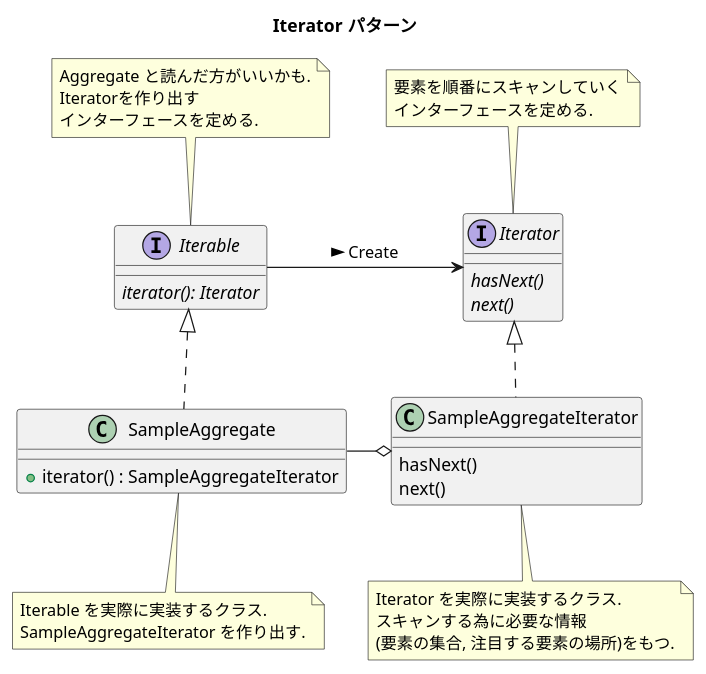
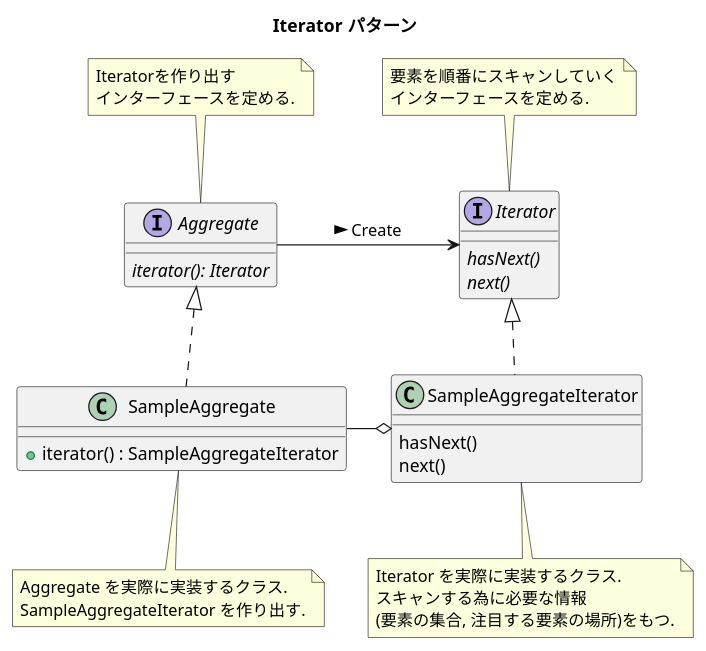
Before and after one commit to ken-ty/designPatterns: the diagram in Iterator/Iterator.playground/Resources/Iterator.puml, drawn with PlantUML. The commit also changed 2 other files, not shown here.

Commit message:
rename: IterableProtocol → AggregateProtocol

```diff
--- a/Iterator/Iterator.playground/Resources/Iterator.puml
+++ b/Iterator/Iterator.playground/Resources/Iterator.puml
@@ -1,48 +1,47 @@
 @startuml
 
 title Iterator パターン
 
 'クラスとコメント
 interface Iterator {
     {abstract} hasNext()
     {abstract} next()
 }
 note top of Iterator
     要素を順番にスキャンしていく
     インターフェースを定める.
 end note
 
-interface Iterable {
+interface Aggregate {
     {abstract} iterator(): Iterator
 }
-note top of Iterable
-    Aggregate と読んだ方がいいかも.
+note top of Aggregate
     Iteratorを作り出す
     インターフェースを定める.
 end note
 
 class SampleAggregate {
     + iterator() : SampleAggregateIterator
 }
 note bottom of SampleAggregate
-    Iterable を実際に実装するクラス.
+    Aggregate を実際に実装するクラス.
     SampleAggregateIterator を作り出す.
 end note
 
 class SampleAggregateIterator {
     hasNext()
     next()
 }
 note bottom of SampleAggregateIterator
     Iterator を実際に実装するクラス.
     スキャンする為に必要な情報
     (要素の集合, 注目する要素の場所)をもつ.
 end note
 
 '関係
-Iterable -> Iterator : Create >
-Iterable <|.. SampleAggregate
+Aggregate -> Iterator : Create >
+Aggregate <|.. SampleAggregate
 Iterator <|.. SampleAggregateIterator
 SampleAggregate -o SampleAggregateIterator
 
 @enduml
```
